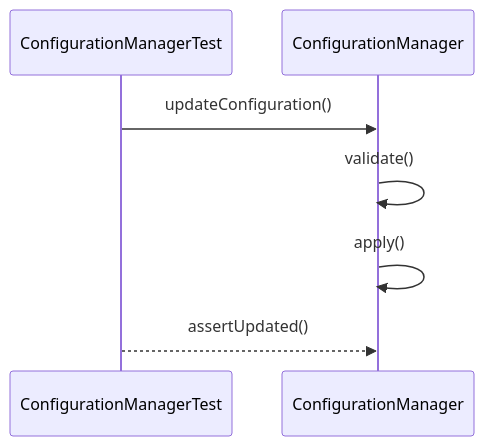
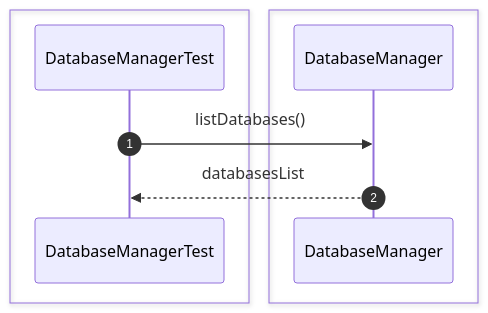
One commit to Huy1801214/dbms-architecture changed diagram 17 of 52 in src/sequence/db-server.md. Above: the diagram before and after it, drawn with Mermaid. The commit also changed other lines of this file and 10 other files, not shown here.

Commit message:
add comprehensive sequence diagrams and documentation for system architecture and unit testing specifications

````diff
--- a/src/sequence/db-server.md
+++ b/src/sequence/db-server.md
@@ -137,11 +305,14 @@
 ```mermaid
 sequenceDiagram
-    participant Test as ConfigurationManagerTest
-    participant Config as ConfigurationManager
+    autonumber
 
-    Test->>Config: updateConfiguration()
-    Config->>Config: validate()
-    Config->>Config: apply()
+    box #e1f5fe Test Suite
+    participant Test as DatabaseManagerTest
+    end
+    box #e3f2fd Server Managers
+    participant Manager as DatabaseManager
+    end
 
-    Test-->>Config: assertUpdated()
+    Test->>Manager: listDatabases()
+    Manager-->>Test: databasesList
 ```
````
